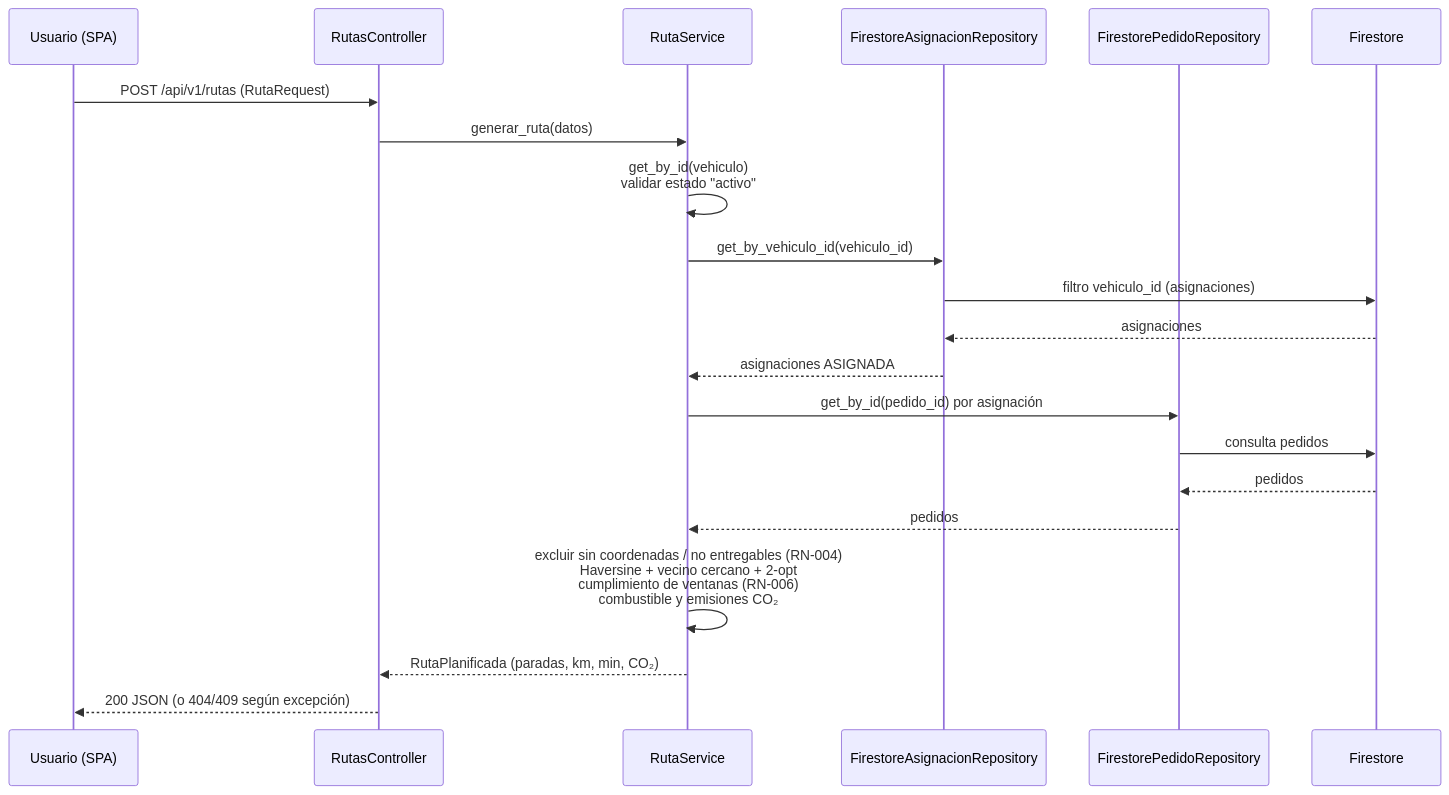
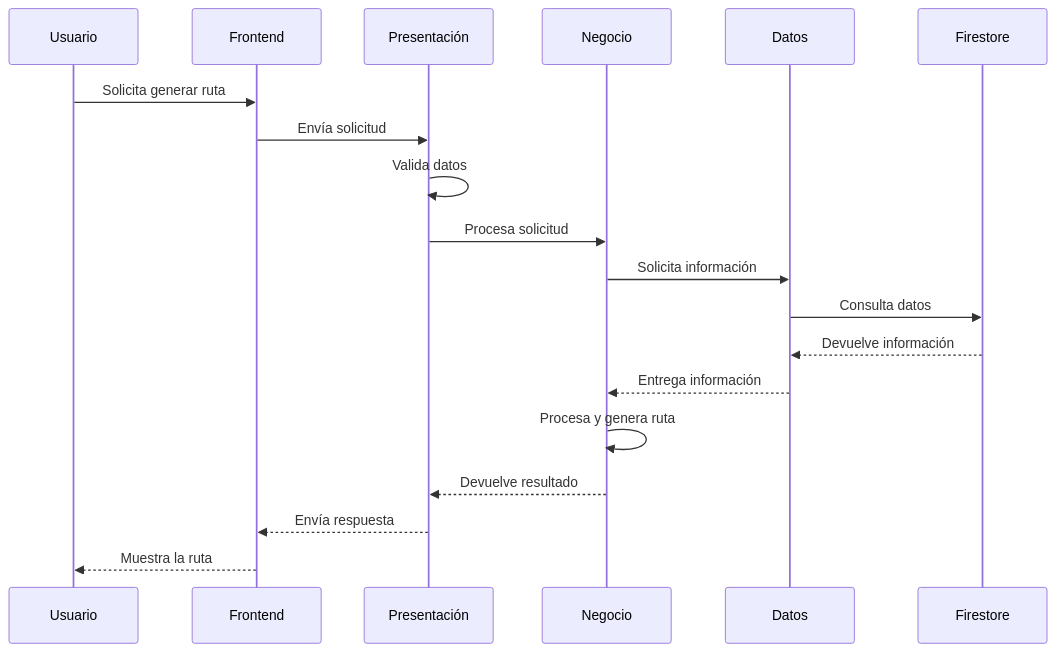
Before and after one commit to DayanaJC/EcoRuta-Wanka: the fourth of 4 diagrams in docs/01 Inicio/12. Modelo C4 V_1_0_0.md, drawn with Mermaid. The commit also changed other lines of this file and 16 other files, not shown here.

````diff
--- a/docs/01 Inicio/12. Modelo C4 V_1_0_0.md
+++ b/docs/01 Inicio/12. Modelo C4 V_1_0_0.md
@@ -132,24 +244,23 @@
 ```mermaid
 sequenceDiagram
-    participant U as Usuario (SPA)
-    participant CT as RutasController
-    participant SVC as RutaService
-    participant AR as FirestoreAsignacionRepository
-    participant PR as FirestorePedidoRepository
-    participant F as Firestore
 
-    U->>CT: POST /api/v1/rutas (RutaRequest)
-    CT->>SVC: generar_ruta(datos)
-    SVC->>SVC: get_by_id(vehiculo)<br/>validar estado "activo"
-    SVC->>AR: get_by_vehiculo_id(vehiculo_id)
-    AR->>F: filtro vehiculo_id (asignaciones)
-    F-->>AR: asignaciones
-    AR-->>SVC: asignaciones ASIGNADA
-    SVC->>PR: get_by_id(pedido_id) por asignación
-    PR->>F: consulta pedidos
-    F-->>PR: pedidos
-    PR-->>SVC: pedidos
-    SVC->>SVC: excluir sin coordenadas / no entregables (RN-004)<br/>Haversine + vecino cercano + 2-opt<br/>cumplimiento de ventanas (RN-006)<br/>combustible y emisiones CO₂
-    SVC-->>CT: RutaPlanificada (paradas, km, min, CO₂)
-    CT-->>U: 200 JSON (o 404/409 según excepción)
+    participant U as Usuario
+    participant F as Frontend
+    participant P as Presentación
+    participant N as Negocio
+    participant D as Datos
+    participant DB as Firestore
+
+    U->>F: Solicita generar ruta
+    F->>P: Envía solicitud
+    P->>P: Valida datos
+    P->>N: Procesa solicitud
+    N->>D: Solicita información
+    D->>DB: Consulta datos
+    DB-->>D: Devuelve información
+    D-->>N: Entrega información
+    N->>N: Procesa y genera ruta
+    N-->>P: Devuelve resultado
+    P-->>F: Envía respuesta
+    F-->>U: Muestra la ruta
 ```
````
